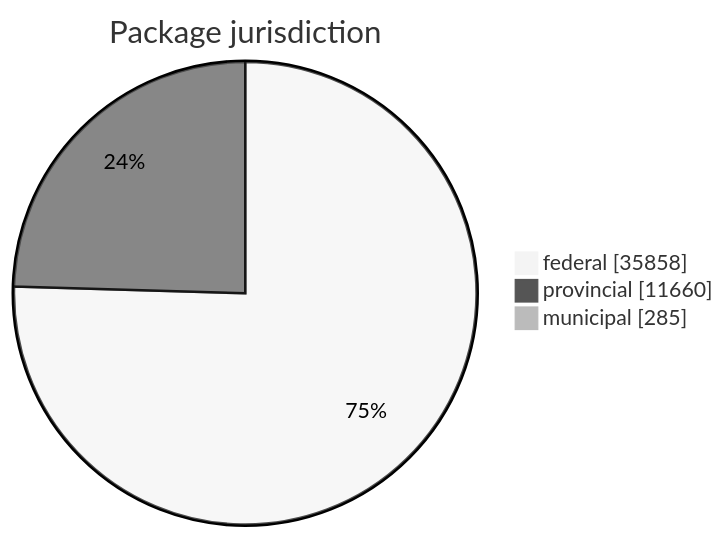
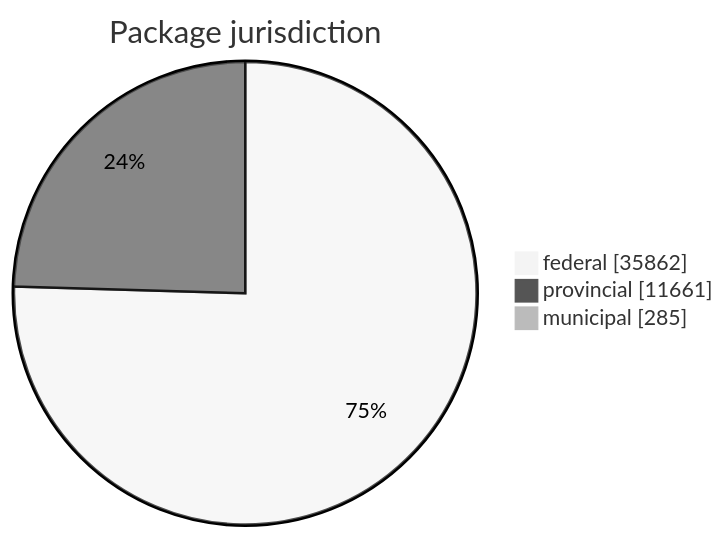
One commit to open-data/analytics-corporate-reporting changed the first of 5 diagrams in FreshCheck/README.md. Above: the diagram before and after it, drawn with Mermaid (neutral theme). The commit also changed other lines of this file and 3 other files, not shown here.

````diff
--- a/FreshCheck/README.md
+++ b/FreshCheck/README.md
@@ -60,6 +60,6 @@
 ```mermaid
 pie showData title Package jurisdiction
-    "federal": 35858
-    "provincial": 11660
+    "federal": 35862
+    "provincial": 11661
     "municipal": 285
 ```
````
